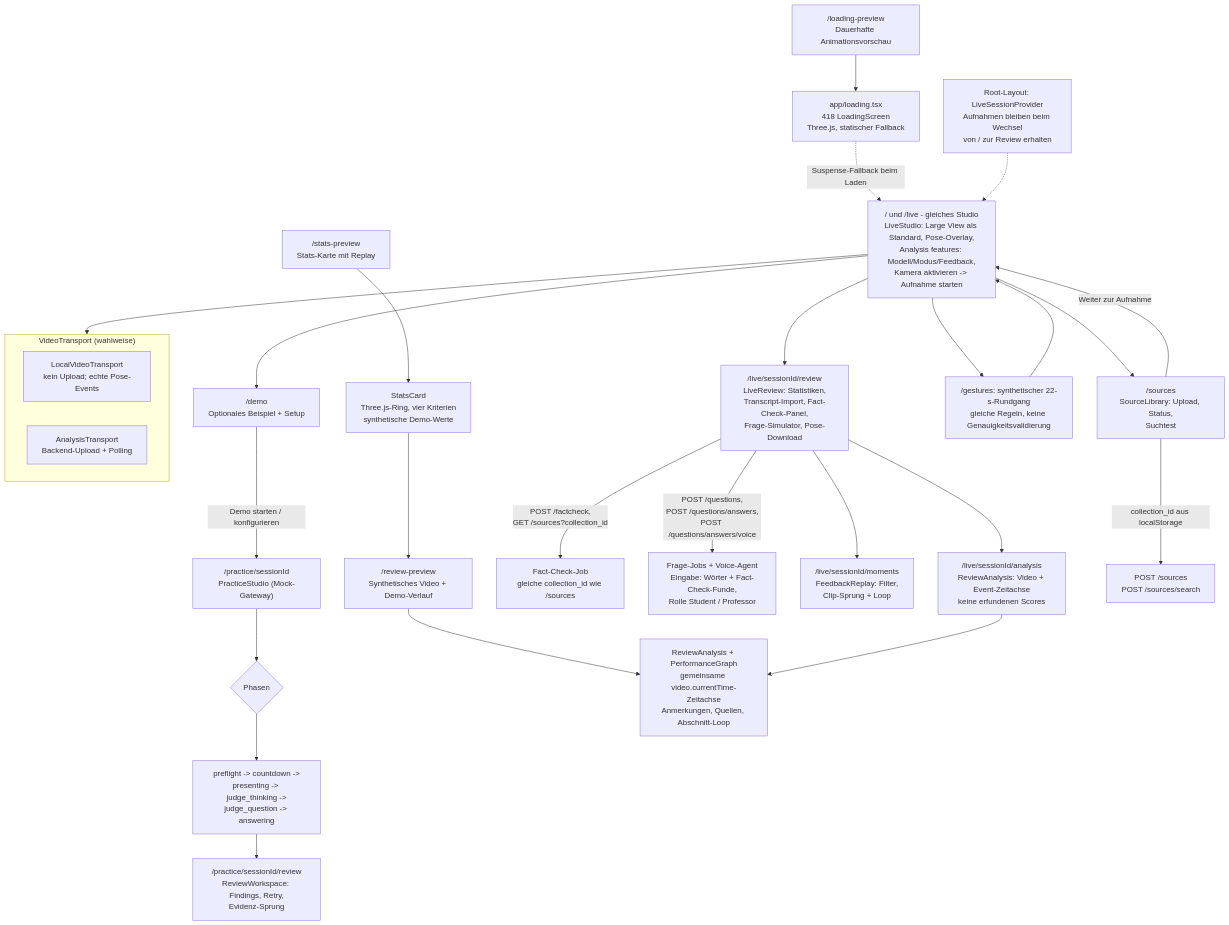
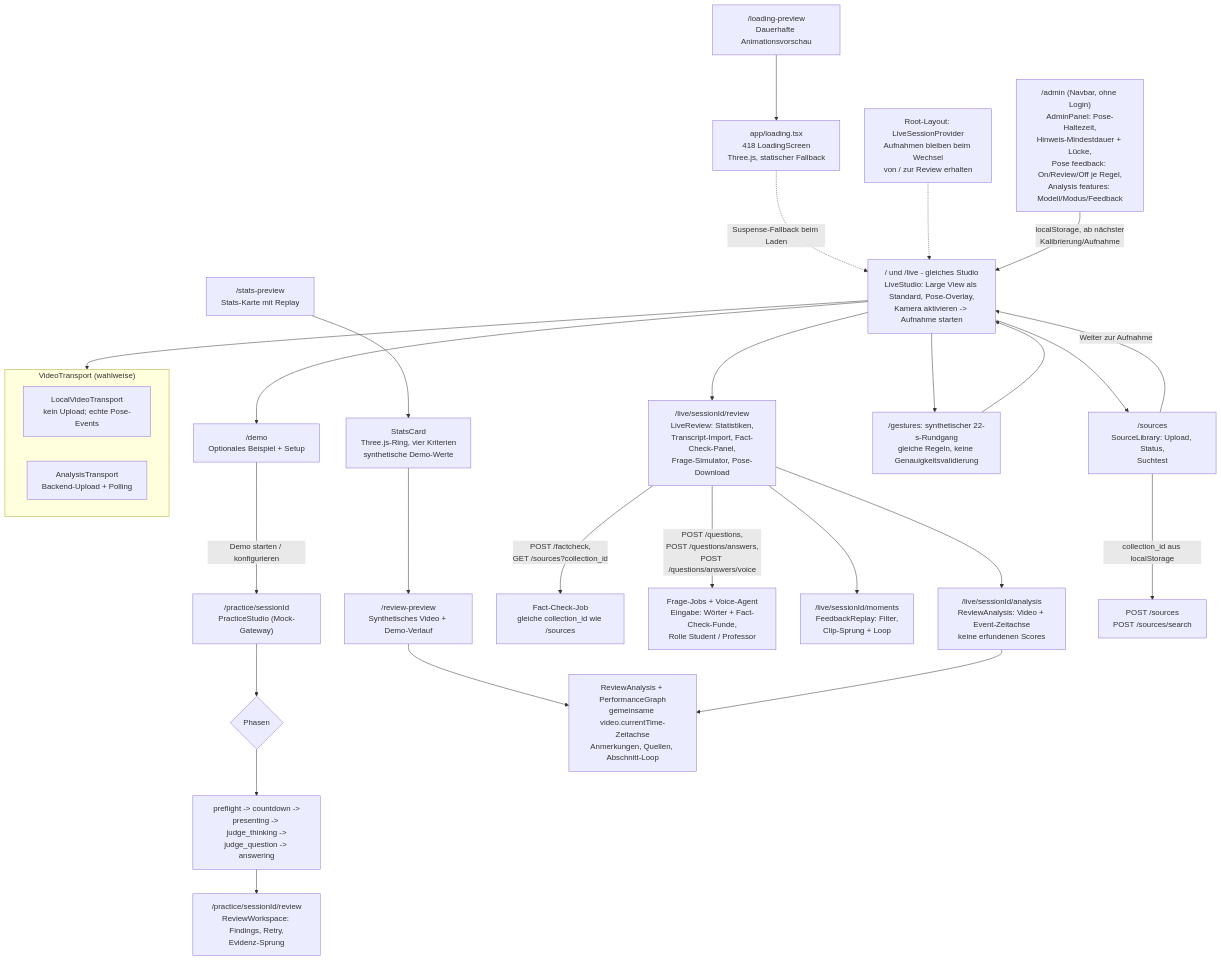
The seventh of 11 diagrams in docs/03-architecture.md (johannes3502/hackathon-fulda), drawn with Mermaid before and after one commit. The commit also changed 39 other files, not shown here.

````diff
--- a/docs/03-architecture.md
+++ b/docs/03-architecture.md
@@ -339,36 +339,37 @@
 ```mermaid
 flowchart TD
     LOADING["app/loading.tsx<br/>418 LoadingScreen<br/>Three.js, statischer Fallback"]
     LP["/loading-preview<br/>Dauerhafte Animationsvorschau"] --> LOADING
     SP["/stats-preview<br/>Stats-Karte mit Replay"] --> SC["StatsCard<br/>Three.js-Ring, vier Kriterien<br/>synthetische Demo-Werte"]
     SC --> RP["/review-preview<br/>Synthetisches Video + Demo-Verlauf"]
     LOADING -. "Suspense-Fallback beim Laden" .-> LIVE
-    LIVE["/ und /live - gleiches Studio<br/>LiveStudio: Large View als Standard, Pose-Overlay,<br/>Analysis features: Modell/Modus/Feedback,<br/>Kamera aktivieren -> Aufnahme starten"]
+    LIVE["/ und /live - gleiches Studio<br/>LiveStudio: Large View als Standard, Pose-Overlay,<br/>Kamera aktivieren -> Aufnahme starten"]
     STORE["Root-Layout: LiveSessionProvider<br/>Aufnahmen bleiben beim Wechsel<br/>von / zur Review erhalten"] -.-> LIVE
     LIVE --> DEMOPAGE["/demo<br/>Optionales Beispiel + Setup"]
     DEMOPAGE -->|"Demo starten / konfigurieren"| PRAC["/practice/sessionId<br/>PracticeStudio (Mock-Gateway)"]
     LIVE --> SRC["/sources<br/>SourceLibrary: Upload, Status,<br/>Suchtest"]
     SRC -->|"Weiter zur Aufnahme"| LIVE
     LIVE --> WALK["/gestures: synthetischer 22-s-Rundgang<br/>gleiche Regeln, keine Genauigkeitsvalidierung"]
     WALK --> LIVE
+    ADMIN["/admin (Navbar, ohne Login)<br/>AdminPanel: Pose-Haltezeit,<br/>Hinweis-Mindestdauer + Lücke,<br/>Pose feedback: On/Review/Off je Regel,<br/>Analysis features: Modell/Modus/Feedback"] -->|"localStorage, ab nächster<br/>Kalibrierung/Aufnahme"| LIVE
 
     PRAC --> STATE{"Phasen"}
     STATE --> P1["preflight -> countdown -><br/>presenting -> judge_thinking -><br/>judge_question -> answering"]
     P1 --> PREV["/practice/sessionId/review<br/>ReviewWorkspace: Findings, Retry,<br/>Evidenz-Sprung"]
 
     LIVE --> LREV["/live/sessionId/review<br/>LiveReview: Statistiken,<br/>Transcript-Import, Fact-Check-Panel,<br/>Frage-Simulator, Pose-Download"]
     LREV -->|"POST /factcheck,<br/>GET /sources?collection_id"| FCAPI["Fact-Check-Job<br/>gleiche collection_id wie /sources"]
     LREV -->|"POST /questions,<br/>POST /questions/answers,<br/>POST /questions/answers/voice"| QAPI["Frage-Jobs + Voice-Agent<br/>Eingabe: Wörter + Fact-Check-Funde,<br/>Rolle Student / Professor"]
     LREV --> MOM["/live/sessionId/moments<br/>FeedbackReplay: Filter,<br/>Clip-Sprung + Loop"]
     LREV --> LA["/live/sessionId/analysis<br/>ReviewAnalysis: Video + Event-Zeitachse<br/>keine erfundenen Scores"]
     RP --> RA["ReviewAnalysis + PerformanceGraph<br/>gemeinsame video.currentTime-Zeitachse<br/>Anmerkungen, Quellen, Abschnitt-Loop"]
     LA --> RA
 
     SRC -->|"collection_id aus localStorage"| UPLOAD["POST /sources<br/>POST /sources/search"]
 
     subgraph Transport["VideoTransport (wahlweise)"]
         DEMO["LocalVideoTransport<br/>kein Upload; echte Pose-Events"]
         ANA["AnalysisTransport<br/>Backend-Upload + Polling"]
     end
     LIVE --> Transport
 ```
````
